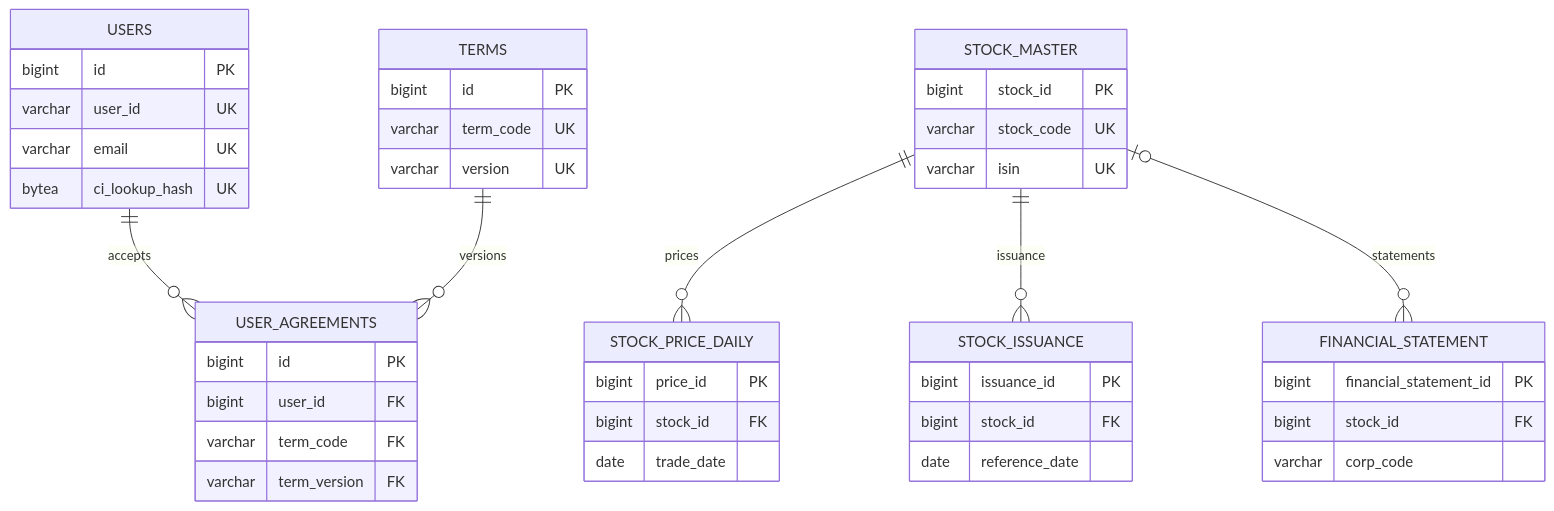
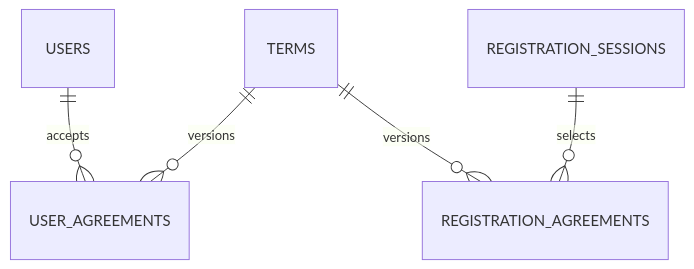
Before and after one commit to SeSAC-3nd-Team1/FEIN-financial-engineering-intelligent-navigation: the diagram in docs/DATABASE_SPECIFICATION.md, drawn with Mermaid. The commit also changed other lines of this file and 13 other files, not shown here.

````diff
--- a/docs/DATABASE_SPECIFICATION.md
+++ b/docs/DATABASE_SPECIFICATION.md
@@ -26,46 +49,7 @@
 ```mermaid
 erDiagram
     USERS ||--o{ USER_AGREEMENTS : accepts
     TERMS ||--o{ USER_AGREEMENTS : versions
-    STOCK_MASTER ||--o{ STOCK_PRICE_DAILY : prices
-    STOCK_MASTER ||--o{ STOCK_ISSUANCE : issuance
-    STOCK_MASTER o|--o{ FINANCIAL_STATEMENT : statements
-
-    USERS {
-        bigint id PK
-        varchar user_id UK
-        varchar email UK
-        bytea ci_lookup_hash UK
-    }
-    TERMS {
-        bigint id PK
-        varchar term_code UK
-        varchar version UK
-    }
-    USER_AGREEMENTS {
-        bigint id PK
-        bigint user_id FK
-        varchar term_code FK
-        varchar term_version FK
-    }
-    STOCK_MASTER {
-        bigint stock_id PK
-        varchar stock_code UK
-        varchar isin UK
-    }
-    STOCK_PRICE_DAILY {
-        bigint price_id PK
-        bigint stock_id FK
-        date trade_date
-    }
-    STOCK_ISSUANCE {
-        bigint issuance_id PK
-        bigint stock_id FK
-        date reference_date
-    }
-    FINANCIAL_STATEMENT {
-        bigint financial_statement_id PK
-        bigint stock_id FK
-        varchar corp_code
-    }
+    REGISTRATION_SESSIONS ||--o{ REGISTRATION_AGREEMENTS : selects
+    TERMS ||--o{ REGISTRATION_AGREEMENTS : versions
 ```
````
